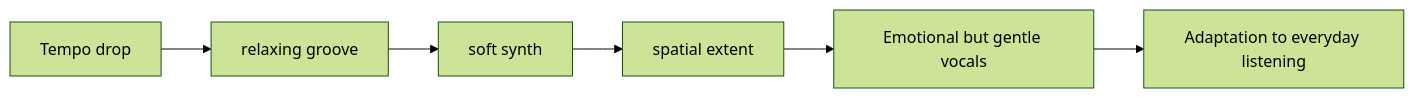
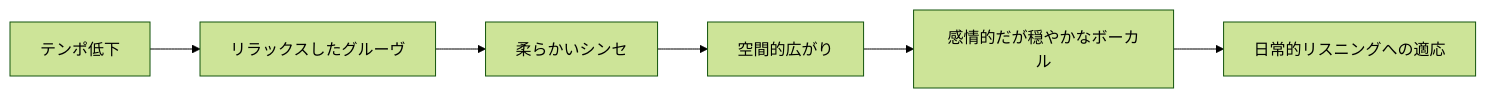
Before and after one commit to monumental-movement/monumental-movement.github.io: the second of 2 diagrams in en/_posts/2026-05-07-column-tropical-house.md, drawn with Mermaid (forest theme). The commit also changed other lines of this file and 2196 other files, not shown here.

```diff
--- a/en/_posts/2026-05-07-column-tropical-house.md
+++ b/en/_posts/2026-05-07-column-tropical-house.md
@@ -149,8 +148,8 @@
 <div class="mermaid">
 flowchart LR
-    A[Tempo drop] --> B[relaxing groove]
-    B --> C[soft synth]
-    C --> D[spatial extent]
-    D --> E[Emotional but gentle vocals]
-    E --> F[Adaptation to everyday listening]
+    A[テンポ低下] --> B[リラックスしたグルーヴ]
+    B --> C[柔らかいシンセ]
+    C --> D[空間的広がり]
+    D --> E[感情的だが穏やかなボーカル]
+    E --> F[日常的リスニングへの適応]
 </div>
```
